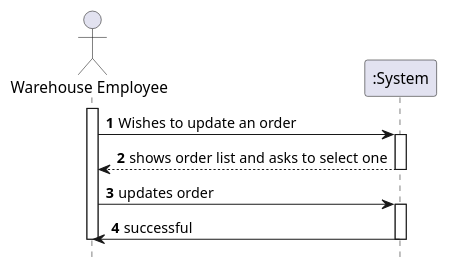
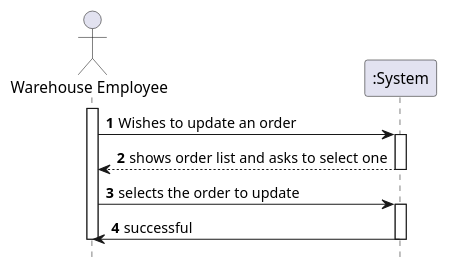
One commit to 1190772/LAB-Project-4 changed the diagram in Documentação/1190772/US2004/US2004_SSD.puml. Above: the diagram before and after it, drawn with PlantUML. The commit also changed 3 other files, not shown here.

```diff
--- a/Documentação/1190772/US2004/US2004_SSD.puml
+++ b/Documentação/1190772/US2004/US2004_SSD.puml
@@ -1,25 +1,25 @@
 @startuml
 autonumber
 hide footbox
 actor "Warehouse Employee" as LC
 
 activate LC
 LC -> ":System" : Wishes to update an order
 
 
 
 
 activate ":System"
 ":System" --> LC : shows order list and asks to select one
 deactivate ":System"
 
-LC -> ":System" : updates order
+LC -> ":System" : selects the order to update
 activate ":System"
 
 ":System" -> LC : successful
 deactivate ":System"
 
 deactivate LC
 
 
 @enduml
```
